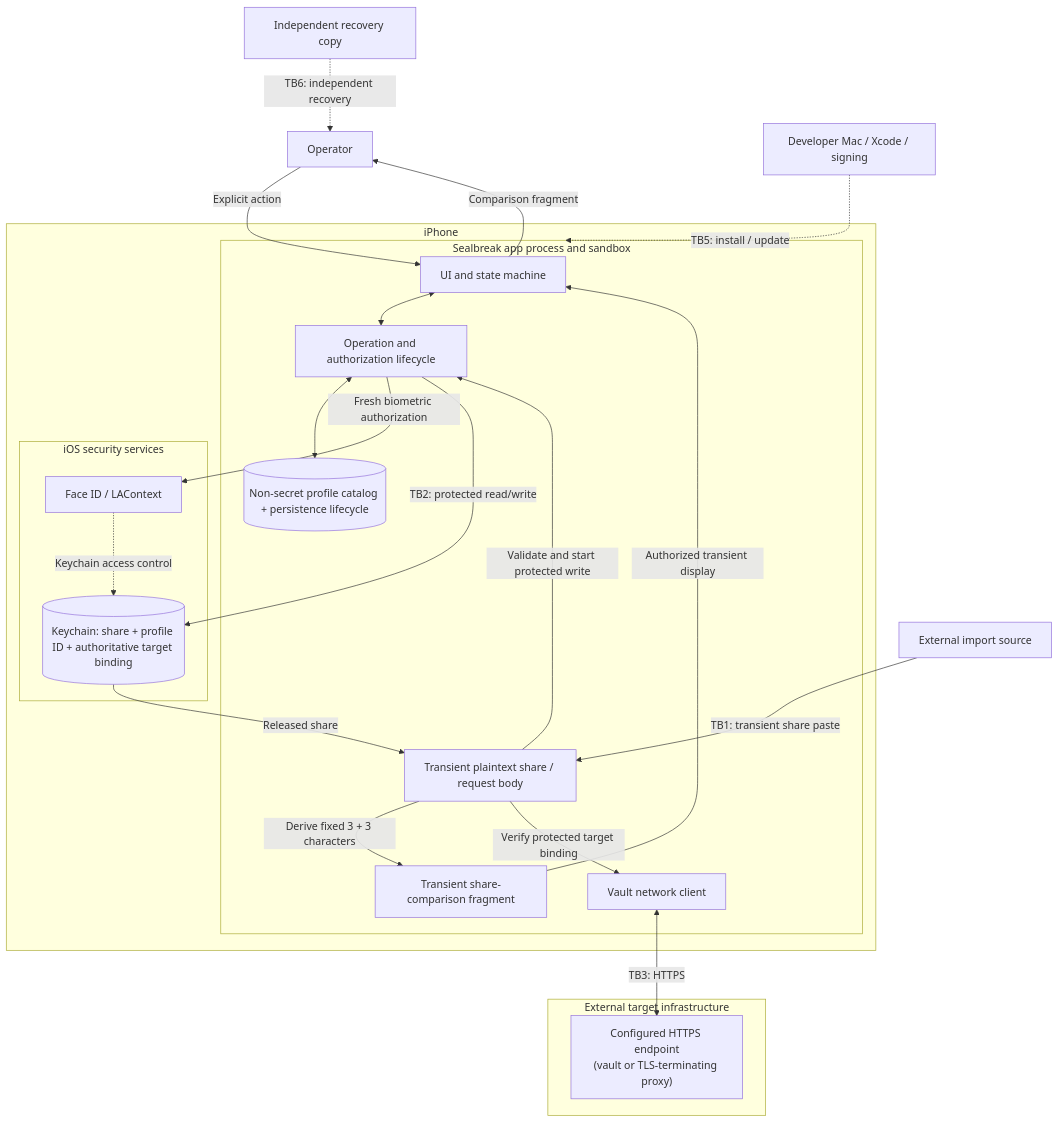
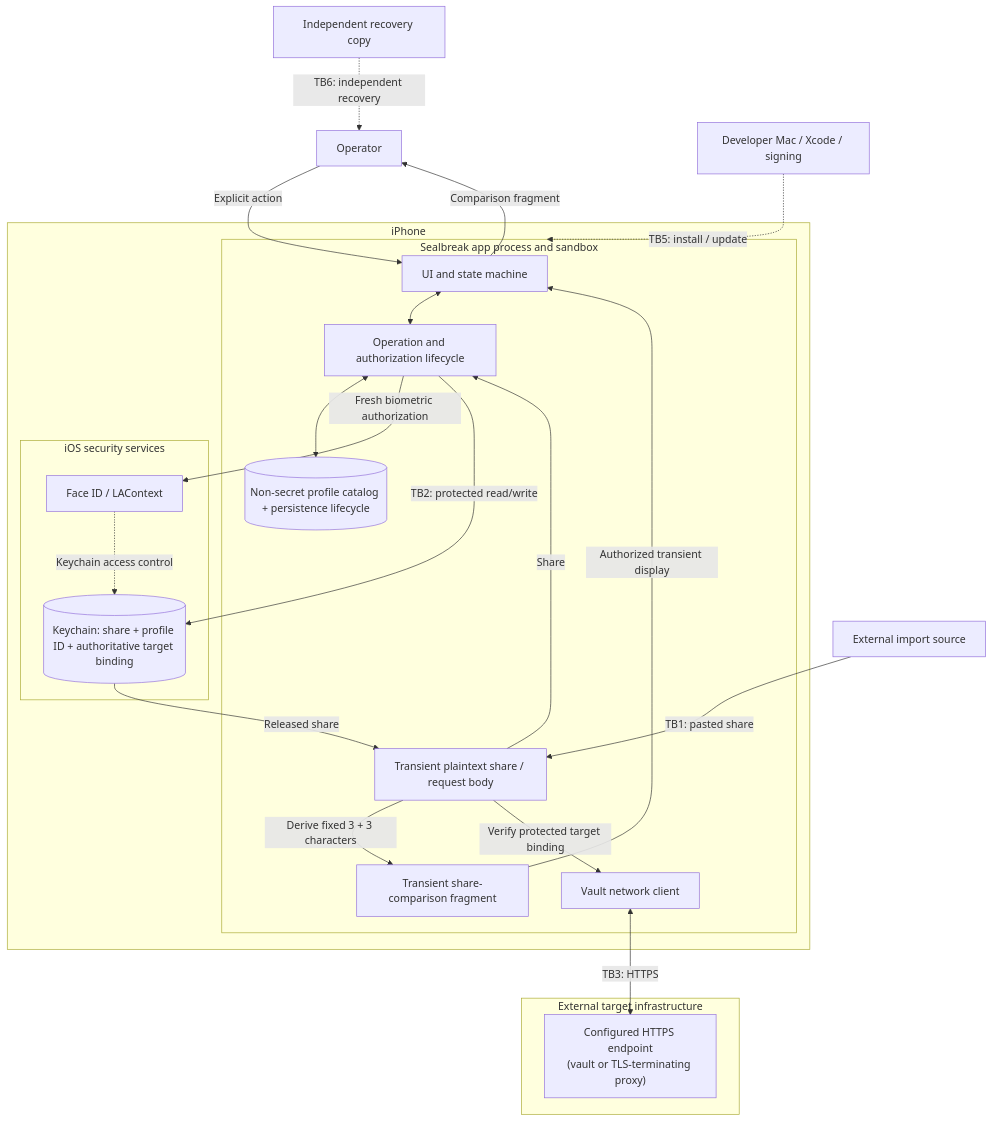
One commit to GeorgesAlkhouri/sealbreak changed the first of 3 diagrams in THREAT_MODEL.md. Above: the diagram before and after it, drawn with Mermaid. The commit also changed other lines of this file, not shown here.

Commit message:
docs: keep threat model at security abstraction level

````diff
--- a/THREAT_MODEL.md
+++ b/THREAT_MODEL.md
@@ -60,47 +60,47 @@
 ```mermaid
 flowchart TB
     OP["Operator"]
     IMPORT["External import source"]
     REC["Independent recovery copy"]
     BUILD["Developer Mac / Xcode / signing"]
 
     subgraph PHONE["iPhone"]
         subgraph APP["Sealbreak app process and sandbox"]
             UI["UI and state machine"]
             MODEL["Operation and authorization lifecycle"]
             DISPLAY[("Non-secret profile catalog + persistence lifecycle")]
             MEM["Transient plaintext share / request body"]
             FRAGMENT["Transient share-comparison fragment"]
             NET["Vault network client"]
         end
 
         subgraph IOS["iOS security services"]
             AUTH["Face ID / LAContext"]
             KC[("Keychain: share + profile ID + authoritative target binding")]
         end
     end
 
     subgraph TARGET["External target infrastructure"]
         ENDPOINT["Configured HTTPS endpoint<br/>(vault or TLS-terminating proxy)"]
     end
 
     OP -->|"Explicit action"| UI
-    IMPORT -->|"TB1: transient share paste"| MEM
-    MEM -->|"Validate and start protected write"| MODEL
+    IMPORT -->|"TB1: pasted share"| MEM
+    MEM -->|"Share"| MODEL
     BUILD -.->|"TB5: install / update"| APP
 
     UI <--> MODEL
     MODEL <--> DISPLAY
     MODEL -->|"Fresh biometric authorization"| AUTH
     AUTH -.->|"Keychain access control"| KC
     MODEL -->|"TB2: protected read/write"| KC
     KC -->|"Released share"| MEM
     MEM -->|"Derive fixed 3 + 3 characters"| FRAGMENT
     FRAGMENT -->|"Authorized transient display"| UI
     UI -->|"Comparison fragment"| OP
     MEM -->|"Verify protected target binding"| NET
 
     NET <-->|"TB3: HTTPS"| ENDPOINT
 
     REC -.->|"TB6: independent recovery"| OP
 ```
````
